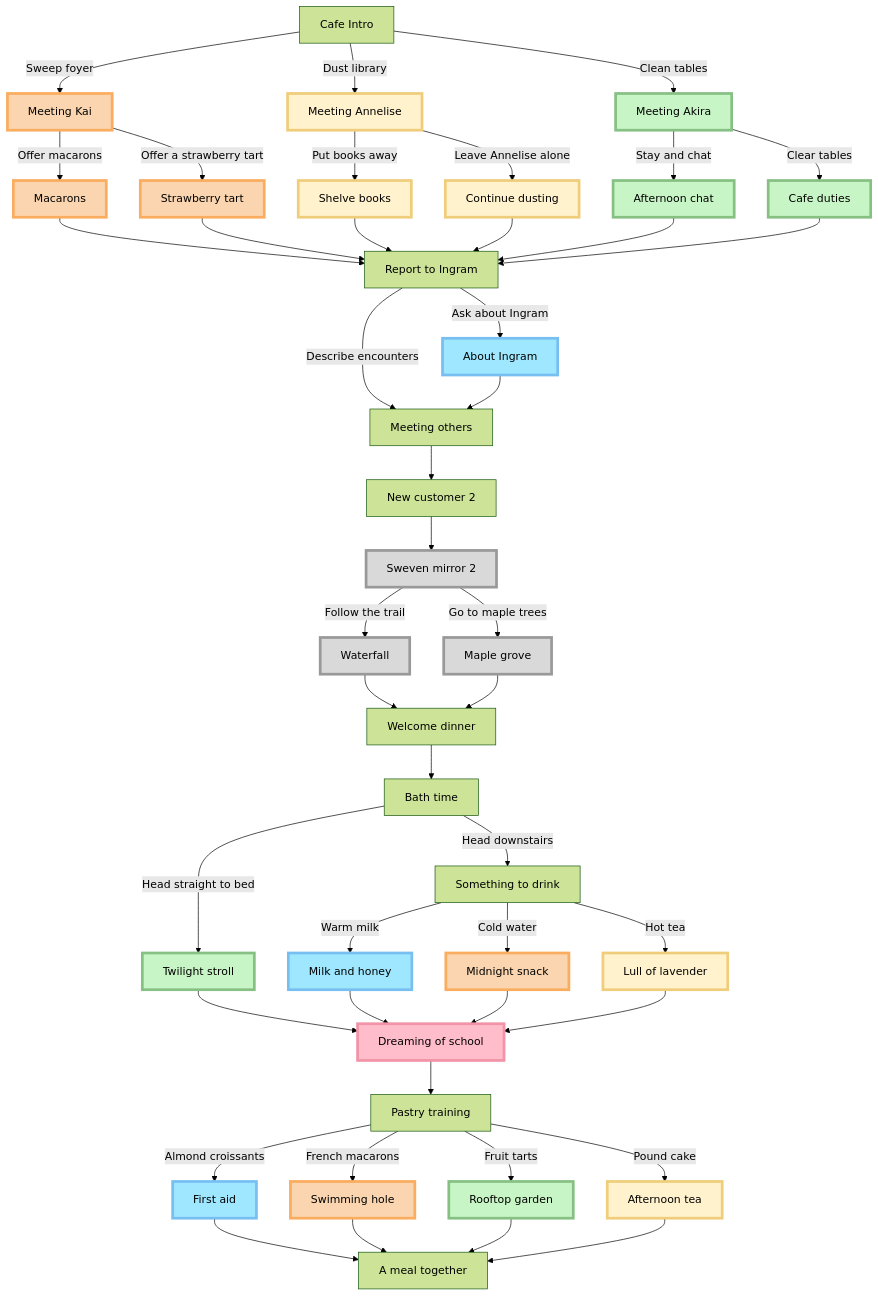
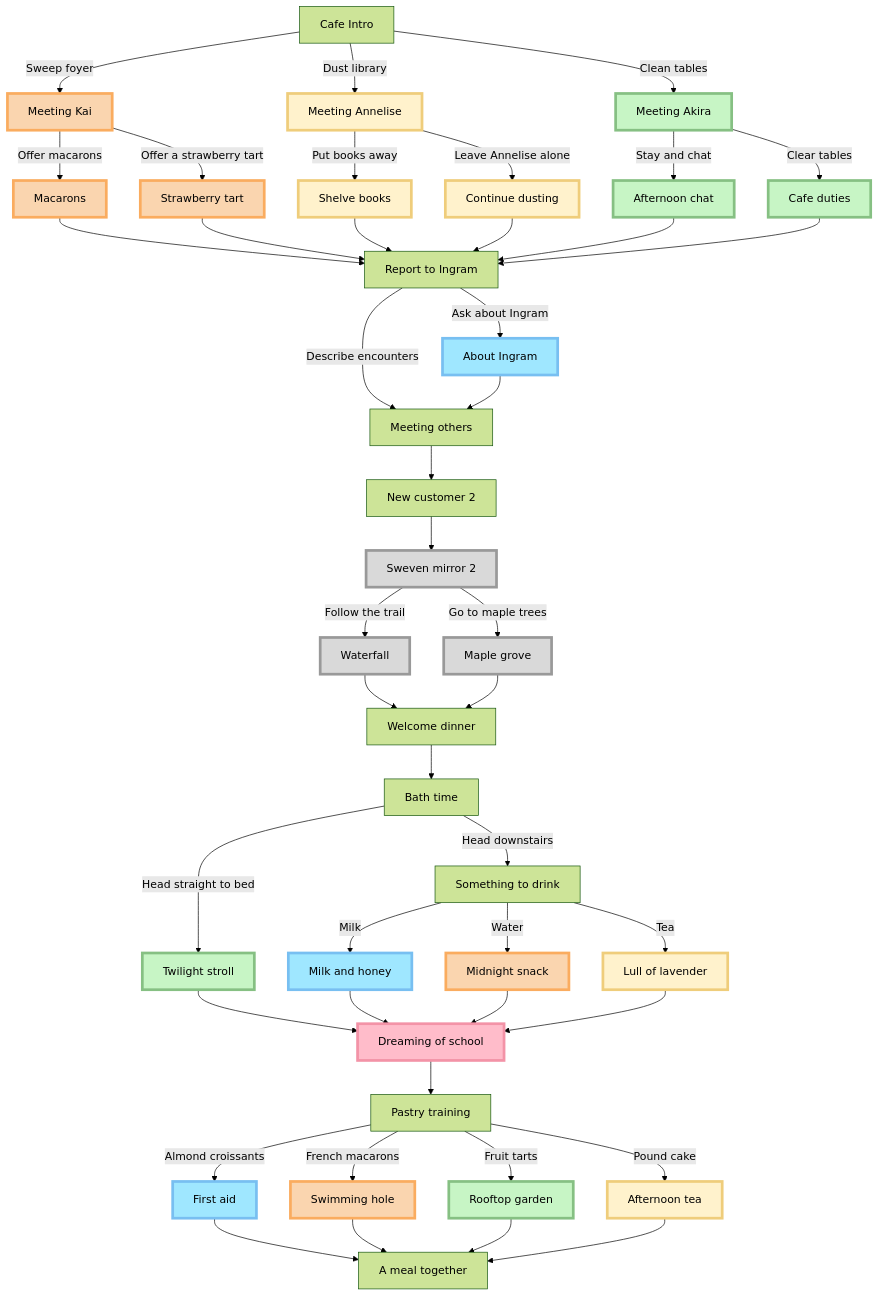
One commit to milkysan92/nobaros-cafe changed the diagram in script/Nobaros Cafe/Chapter 2/Chapter 2 Master.md. Above: the diagram before and after it, drawn with Mermaid (forest theme). The commit also changed 12 other files, not shown here.

```diff
--- a/script/Nobaros Cafe/Chapter 2/Chapter 2 Master.md
+++ b/script/Nobaros Cafe/Chapter 2/Chapter 2 Master.md
@@ -61,9 +61,9 @@
 celebrate-dinner-->bathtime
 bathtime--Head straight to bed-->night-akira
 bathtime--Head downstairs-->choose-drink
-choose-drink--Warm milk-->night-ingram
-choose-drink--Cold water-->night-kai
-choose-drink--Hot tea-->night-annelise
+choose-drink--Milk-->night-ingram
+choose-drink--Water-->night-kai
+choose-drink--Tea-->night-annelise
 night-ingram & night-kai & night-akira & night-annelise-->school-dreams
 school-dreams-->masterchef
 masterchef--Almond croissants-->sweets-ingram
```
